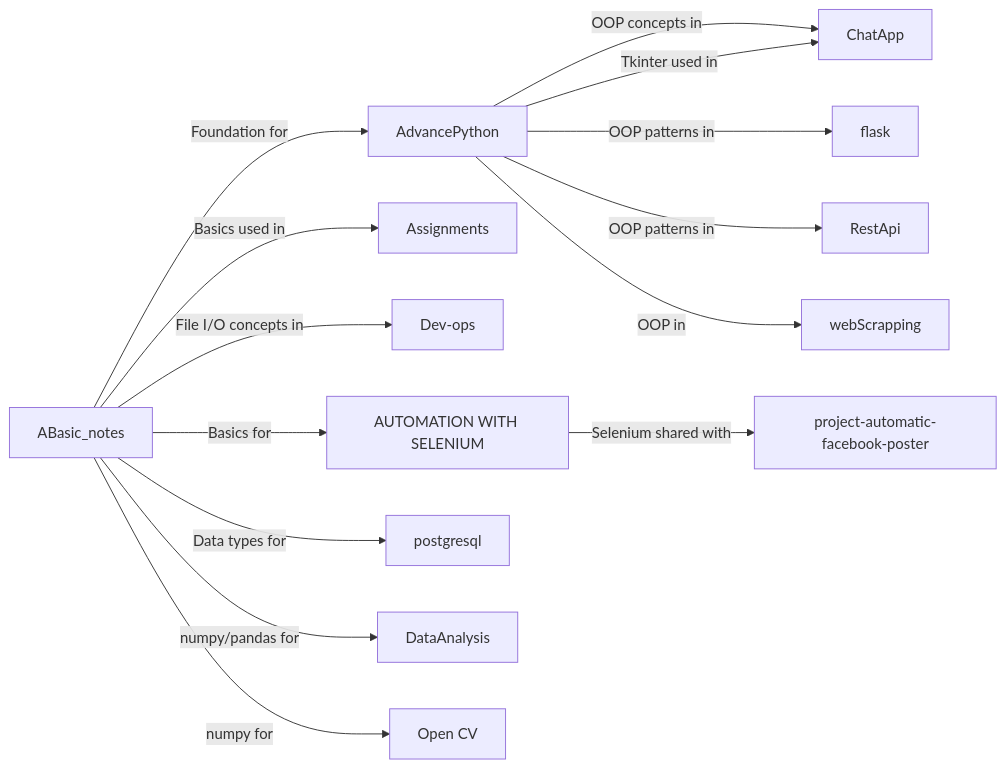
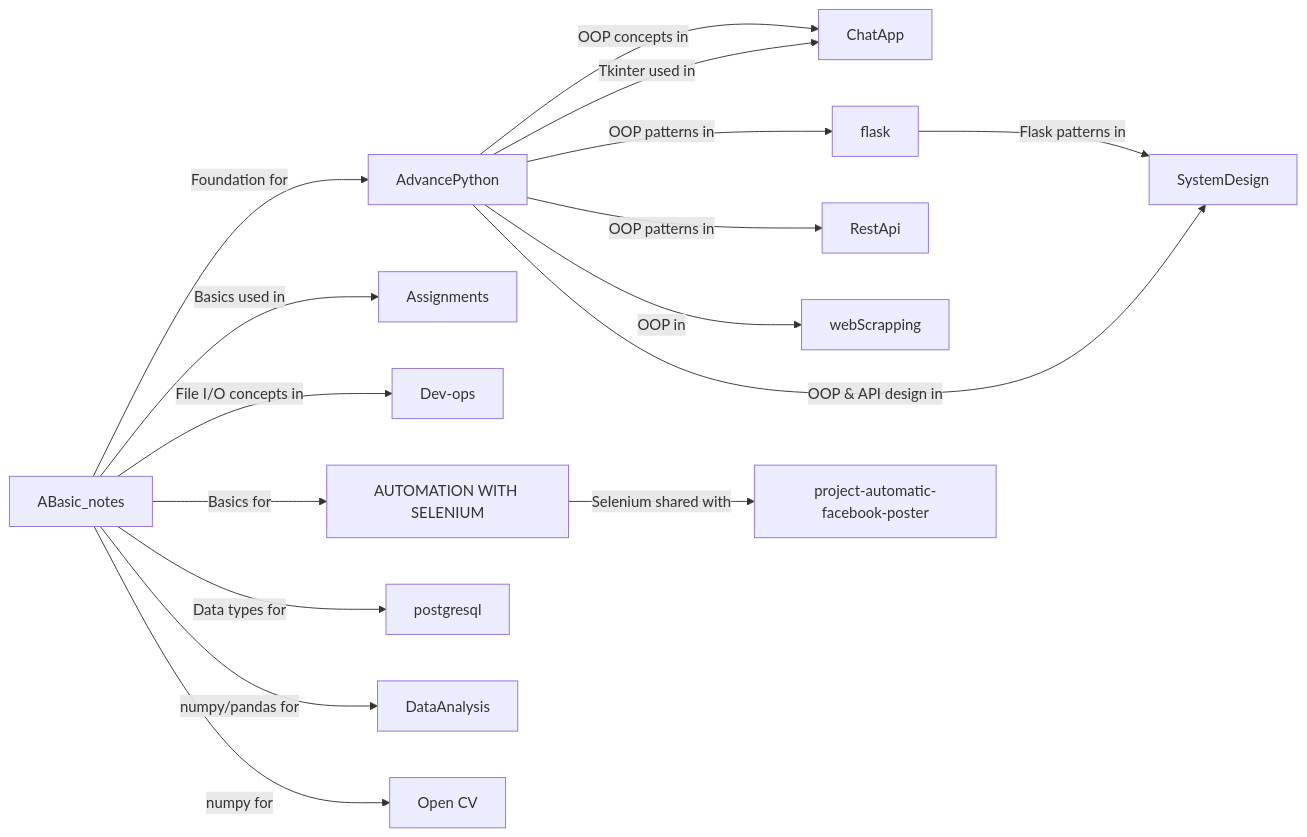
One commit to Ktripathi2611/learningPython changed the diagram in README.md. Above: the diagram before and after it, drawn with Mermaid. The commit also changed other lines of this file and 9 other files, not shown here.

Commit message:
feat: Add URL shortener, rate limiter, and load balancer system design projects with updated documentation and dependencies.

````diff
--- a/README.md
+++ b/README.md
@@ -519,16 +572,18 @@
 ```mermaid
 graph LR
     A[ABasic_notes] -->|Foundation for| B[AdvancePython]
     A -->|Basics used in| C[Assignments]
     B -->|OOP concepts in| D[ChatApp]
     B -->|Tkinter used in| D
     A -->|File I/O concepts in| E[Dev-ops]
     B -->|OOP patterns in| F[flask]
     B -->|OOP patterns in| G[RestApi]
     B -->|OOP in| H[webScrapping]
     A -->|Basics for| I[AUTOMATION WITH SELENIUM]
     I -->|Selenium shared with| J[project-automatic-facebook-poster]
     A -->|Data types for| K[postgresql]
     A -->|numpy/pandas for| L[DataAnalysis]
     A -->|numpy for| M[Open CV]
+    B -->|OOP & API design in| N[SystemDesign]
+    F -->|Flask patterns in| N
 ```
````
